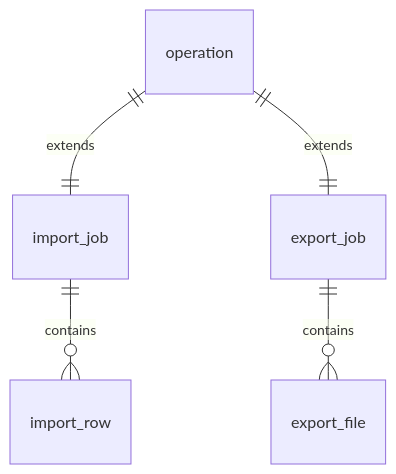
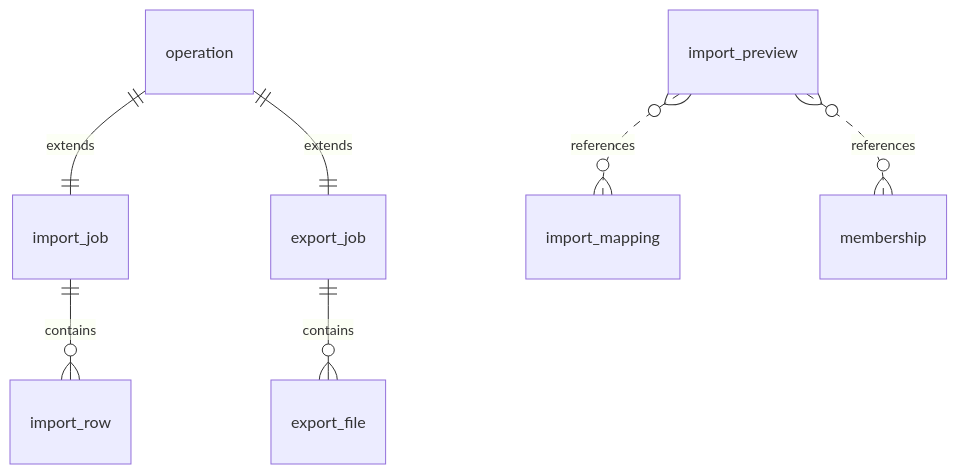
Diagram 23 of 31 in docs/architecture/data/generated/er-diagrams.md (KatrielMoses/pm), drawn with Mermaid before and after one commit. The commit also changed 24 other files, not shown here.

````diff
--- a/docs/architecture/data/generated/er-diagrams.md
+++ b/docs/architecture/data/generated/er-diagrams.md
@@ -359,7 +359,9 @@
 ```mermaid
 erDiagram
   operation ||--|| import_job : "extends"
   import_job ||--o{ import_row : "contains"
+  import_preview }o..o{ import_mapping : "references"
+  import_preview }o..o{ membership : "references"
   operation ||--|| export_job : "extends"
   export_job ||--o{ export_file : "contains"
 ```
````
